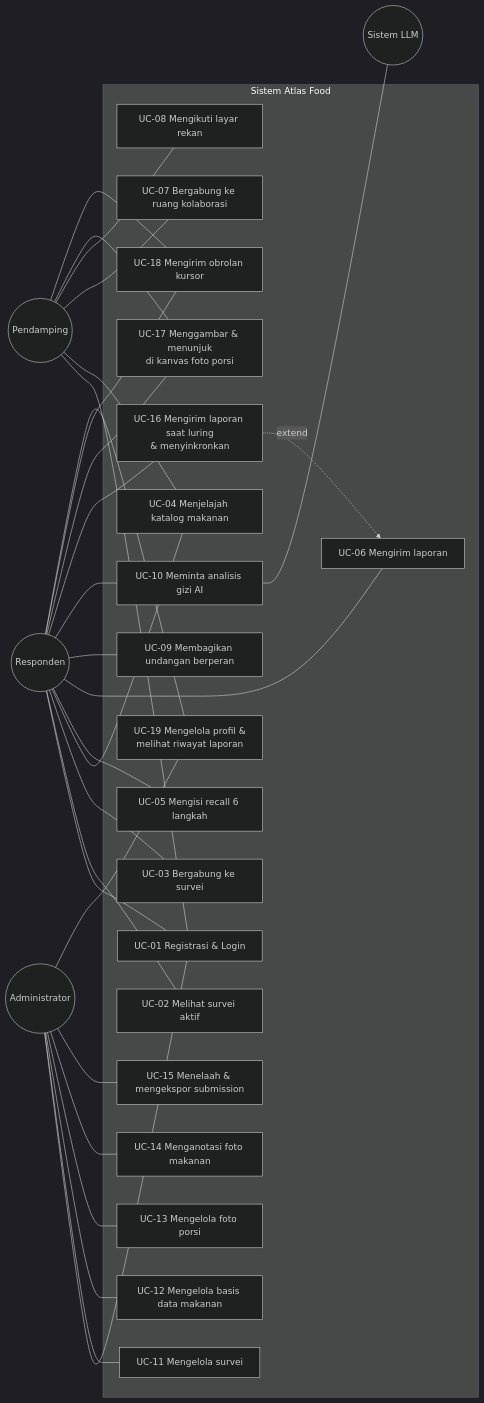
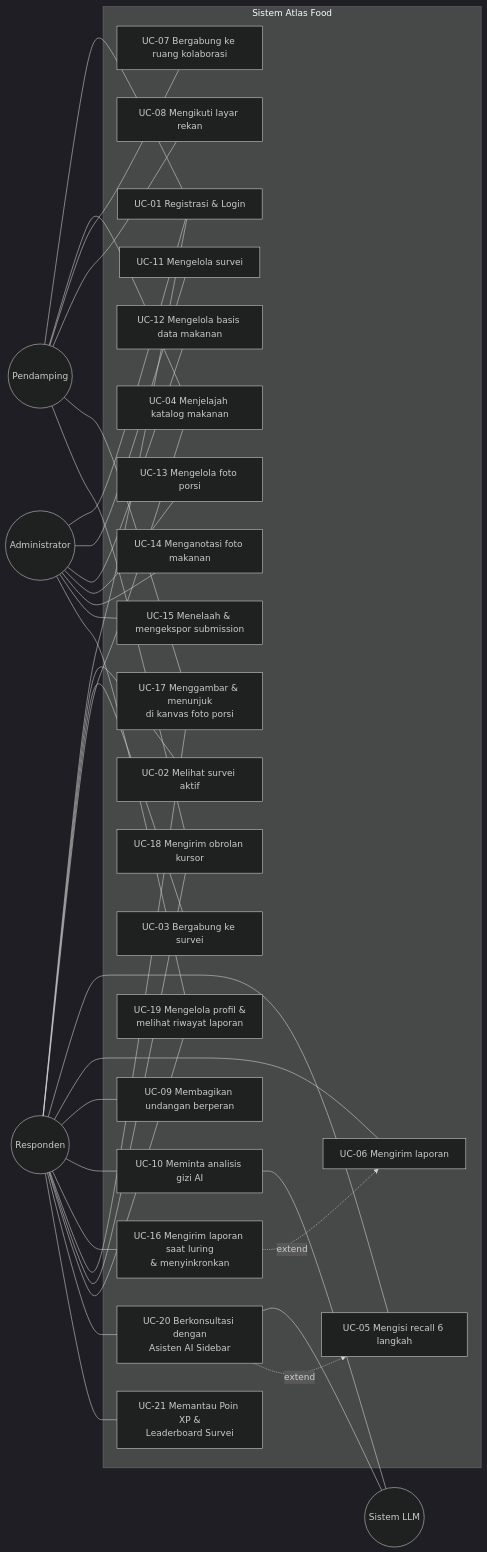
The third of 14 diagrams in docs/Skripsi_Atlas_Food_Bab_1-5.md (Babyhex7/atlas_food_frontend), drawn with Mermaid (dark theme) before and after one commit. The commit also changed other lines of this file and 1 other file, not shown here.

````diff
--- a/docs/Skripsi_Atlas_Food_Bab_1-5.md
+++ b/docs/Skripsi_Atlas_Food_Bab_1-5.md
@@ -684,35 +716,39 @@
 ```mermaid
 flowchart LR
     R((Responden))
     P((Pendamping))
     A((Administrator))
     L((Sistem LLM))
 
     subgraph SIS["Sistem Atlas Food"]
         UC1["UC-01 Registrasi & Login"]
         UC2["UC-02 Melihat survei aktif"]
         UC3["UC-03 Bergabung ke survei"]
         UC4["UC-04 Menjelajah katalog makanan"]
         UC5["UC-05 Mengisi recall 6 langkah"]
         UC6["UC-06 Mengirim laporan"]
         UC7["UC-07 Bergabung ke ruang kolaborasi"]
         UC8["UC-08 Mengikuti layar rekan"]
         UC9["UC-09 Membagikan undangan berperan"]
         UC10["UC-10 Meminta analisis gizi AI"]
         UC11["UC-11 Mengelola survei"]
         UC12["UC-12 Mengelola basis data makanan"]
         UC13["UC-13 Mengelola foto porsi"]
         UC14["UC-14 Menganotasi foto makanan"]
         UC15["UC-15 Menelaah & mengekspor submission"]
         UC16["UC-16 Mengirim laporan saat luring<br/>& menyinkronkan"]
         UC17["UC-17 Menggambar & menunjuk<br/>di kanvas foto porsi"]
         UC18["UC-18 Mengirim obrolan kursor"]
         UC19["UC-19 Mengelola profil &<br/>melihat riwayat laporan"]
+        UC20["UC-20 Berkonsultasi dengan<br/>Asisten AI Sidebar"]
+        UC21["UC-21 Memantau Poin XP &<br/>Leaderboard Survei"]
     end
 
-    R --- UC1 & UC2 & UC3 & UC4 & UC5 & UC6 & UC9 & UC10 & UC16 & UC17 & UC18 & UC19
+    R --- UC1 & UC2 & UC3 & UC4 & UC5 & UC6 & UC9 & UC10 & UC16 & UC17 & UC18 & UC19 & UC20 & UC21
     P --- UC1 & UC4 & UC7 & UC8 & UC17 & UC18
     A --- UC1 & UC11 & UC12 & UC13 & UC14 & UC15 & UC19
     UC10 --- L
+    UC20 --- L
     UC16 -.->|extend| UC6
+    UC20 -.->|extend| UC5
 ```
````
